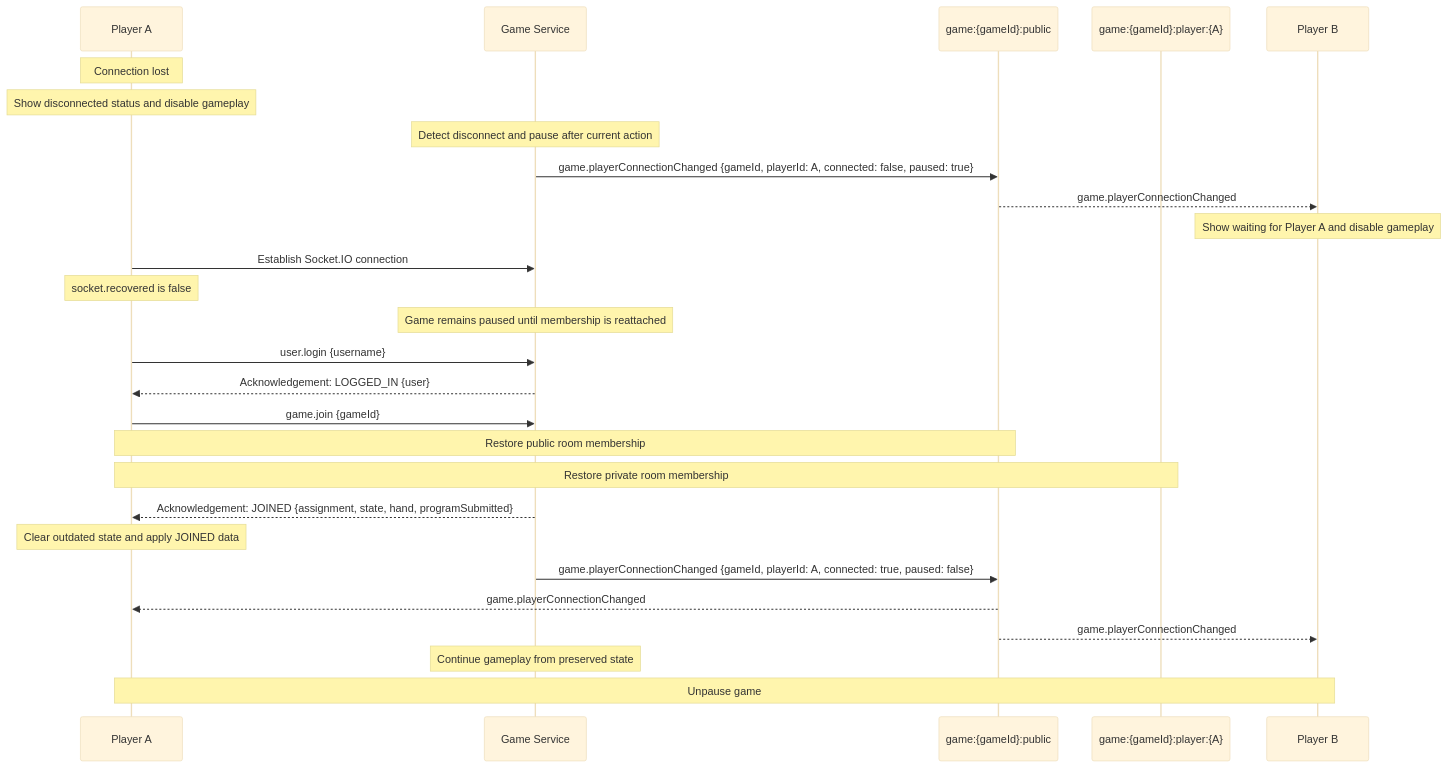
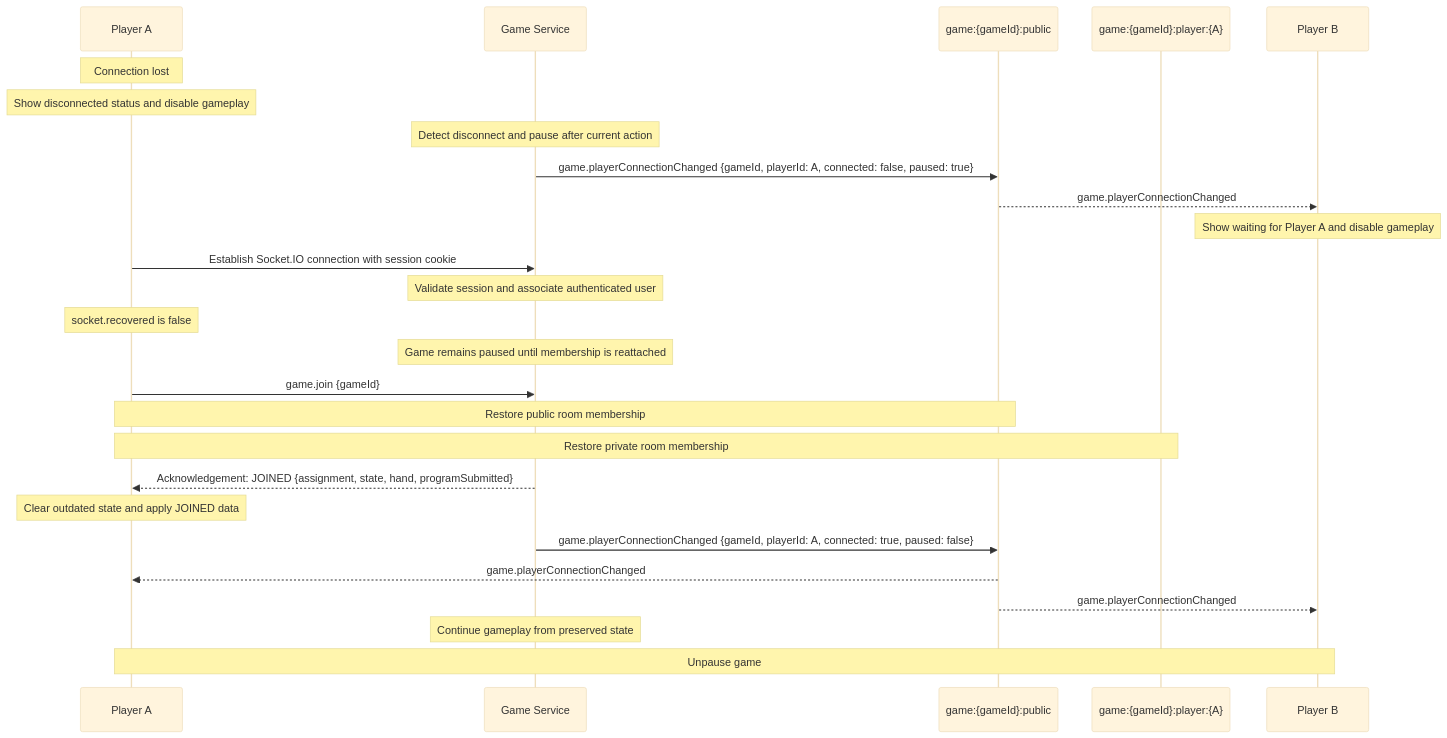
Before and after one commit to hananinas/RoboRally: the fourth of 4 diagrams in docs/Communication.md, drawn with Mermaid (base theme). The commit also changed other lines of this file, not shown here.

Commit message:
docs: document authentication flow

````diff
--- a/docs/Communication.md
+++ b/docs/Communication.md
@@ -267,36 +274,35 @@
 ```mermaid
 sequenceDiagram
     participant A as Player A
     participant S as Game Service
     participant Public as game:{gameId}:public
     participant PrivateA as game:{gameId}:player:{A}
     participant B as Player B
 
     Note over A: Connection lost
     Note over A: Show disconnected status and disable gameplay
     Note over S: Detect disconnect and pause after current action
 
     S->>Public: game.playerConnectionChanged {gameId, playerId: A, connected: false, paused: true}
     Public-->>B: game.playerConnectionChanged
     Note over B: Show waiting for Player A and disable gameplay
 
-    A->>S: Establish Socket.IO connection
+    A->>S: Establish Socket.IO connection with session cookie
+    Note over S: Validate session and associate authenticated user
     Note over A: socket.recovered is false
     Note over S: Game remains paused until membership is reattached
 
-    A->>S: user.login {username}
-    S-->>A: Acknowledgement: LOGGED_IN {user}
     A->>S: game.join {gameId}
     Note over A,Public: Restore public room membership
     Note over A,PrivateA: Restore private room membership
 
     S-->>A: Acknowledgement: JOINED {assignment, state, hand, programSubmitted}
     Note over A: Clear outdated state and apply JOINED data
 
     S->>Public: game.playerConnectionChanged {gameId, playerId: A, connected: true, paused: false}
     Public-->>A: game.playerConnectionChanged
     Public-->>B: game.playerConnectionChanged
 
     Note over S: Continue gameplay from preserved state
     Note over A,B: Unpause game
 ```
````
